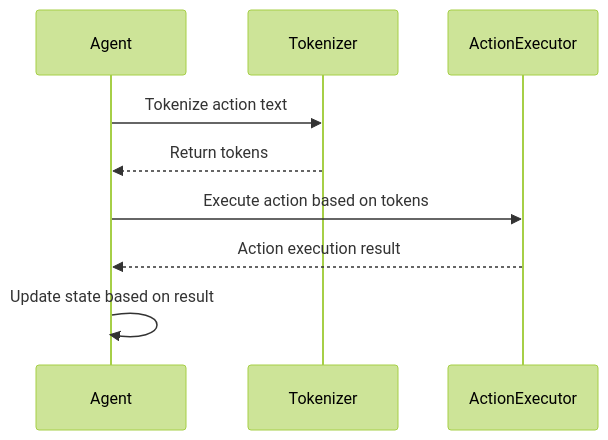
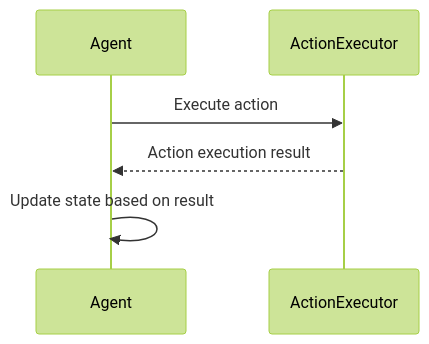
One commit to peytontolbert/OpenStrawberry changed the fourth of 7 diagrams in docs/swe_module/swe_train_docs.md. Above: the diagram before and after it, drawn with Mermaid (forest theme). The commit also changed other lines of this file, not shown here.

````diff
--- a/docs/swe_module/swe_train_docs.md
+++ b/docs/swe_module/swe_train_docs.md
@@ -281,12 +283,9 @@
 ```mermaid
 sequenceDiagram
     participant Agent
-    participant Tokenizer
     participant ActionExecutor
 
-    Agent->>Tokenizer: Tokenize action text
-    Tokenizer-->>Agent: Return tokens
-    Agent->>ActionExecutor: Execute action based on tokens
+    Agent->>ActionExecutor: Execute action
     ActionExecutor-->>Agent: Action execution result
     Agent->>Agent: Update state based on result
 ```
````
